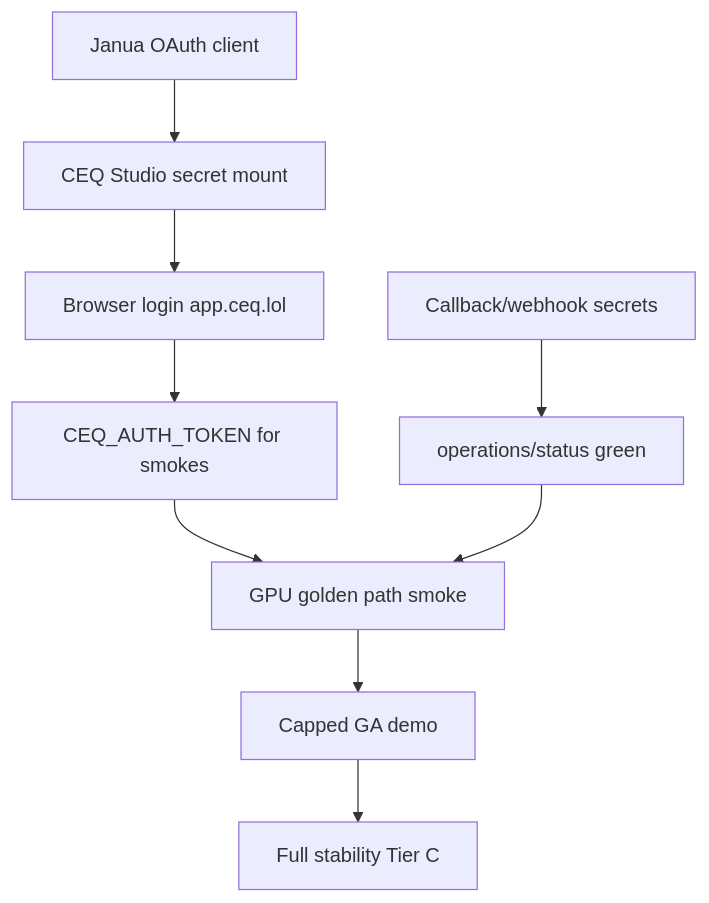
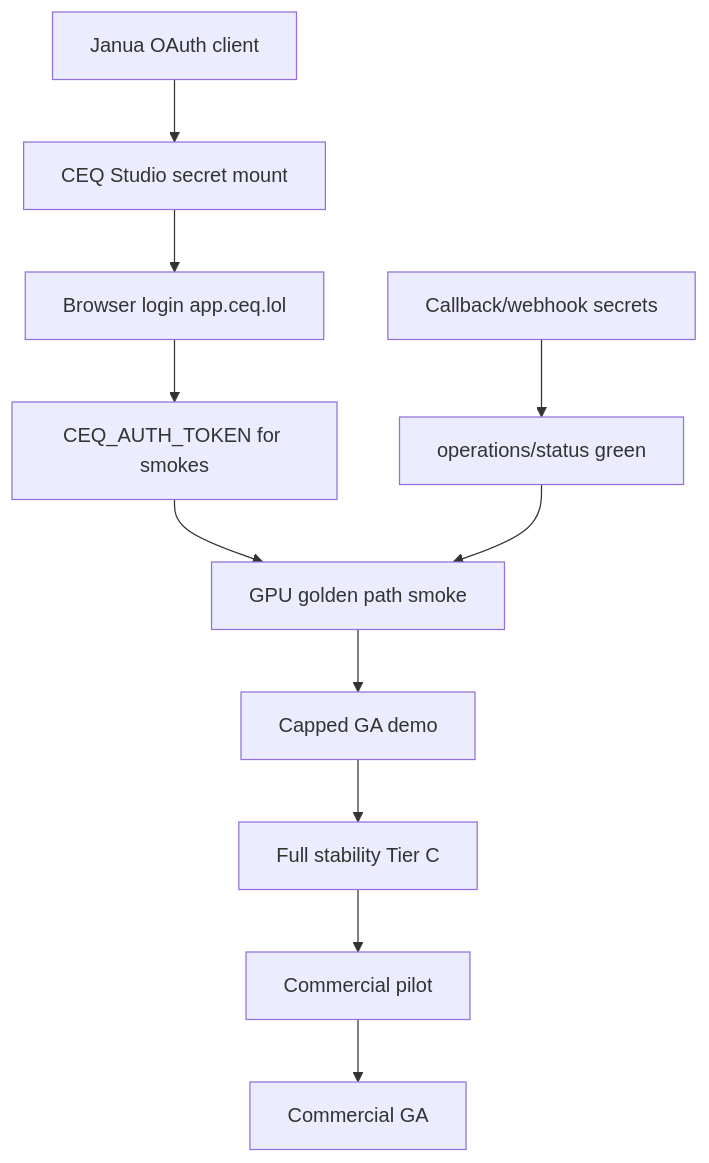
One commit to madfam-org/ceq changed the diagram in docs/GA_DEMO_DEFINITION.md. Above: the diagram before and after it, drawn with Mermaid. The commit also changed other lines of this file and 49 other files, not shown here.

Commit message:
feat: add commercial GA controls and roadmap

````diff
--- a/docs/GA_DEMO_DEFINITION.md
+++ b/docs/GA_DEMO_DEFINITION.md
@@ -246,11 +267,13 @@
 ```mermaid
 flowchart TD
   A[Janua OAuth client] --> B[CEQ Studio secret mount]
   B --> C[Browser login app.ceq.lol]
   C --> D[CEQ_AUTH_TOKEN for smokes]
   E[Callback/webhook secrets] --> F[operations/status green]
   D --> G[GPU golden path smoke]
   F --> G
   G --> H[Capped GA demo]
   H --> I[Full stability Tier C]
+  I --> J[Commercial pilot]
+  J --> K[Commercial GA]
 ```
````
